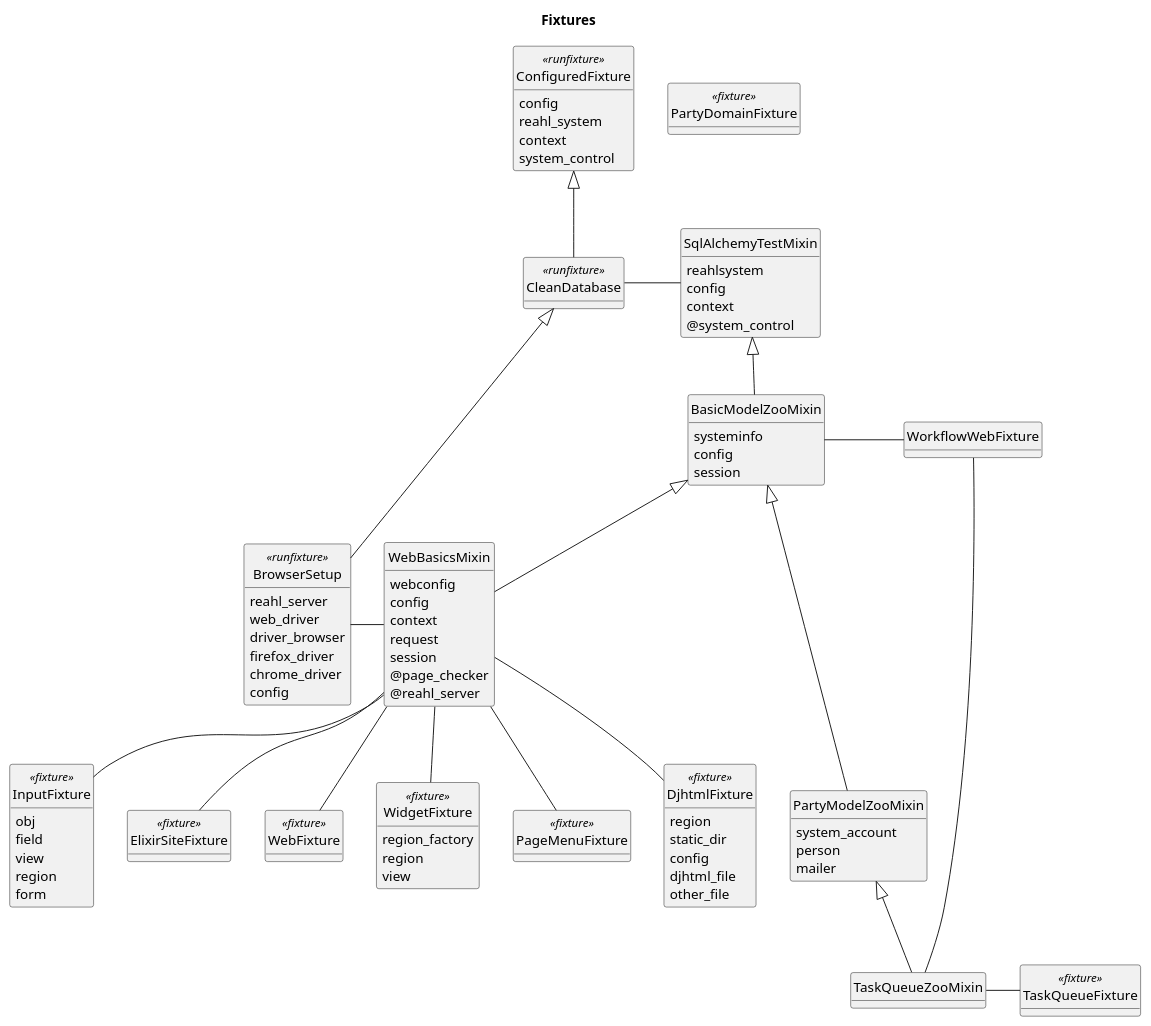
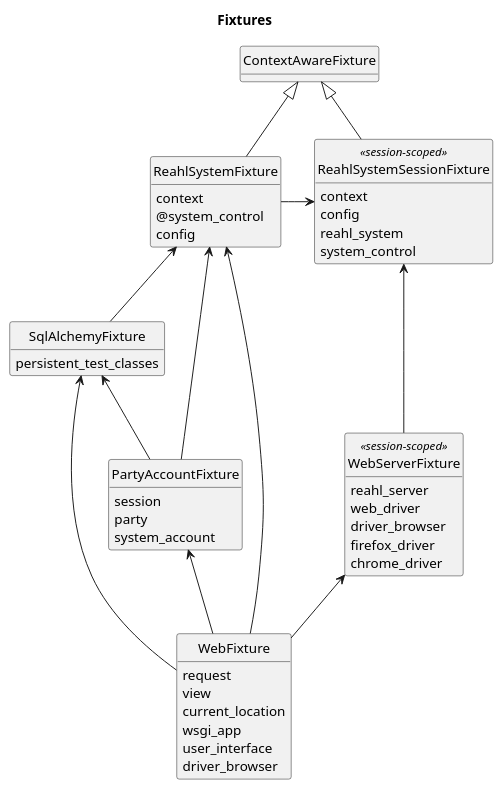
The diagram in reahl-web/reahl/web_dev/fixtures.puml (reahl/reahl), drawn with PlantUML before and after one commit. The commit also changed 1 other file, not shown here.

Commit message:
Updated fixtures class diagram

```diff
--- a/reahl-web/reahl/web_dev/fixtures.puml
+++ b/reahl-web/reahl/web_dev/fixtures.puml
@@ -1,110 +1,77 @@
 @startuml
 
 title Fixtures
 
 hide methods
 hide circle
 
-class ConfiguredFixture <<runfixture>>{
+class ContextAwareFixture {
+}
+
+class ReahlSystemSessionFixture <<session-scoped>> {
+	context
 	config
 	reahl_system
-	context
 	system_control
 }
 
-class CleanDatabase <<runfixture>>{
+class ReahlSystemFixture {
+	context
+        @system_control
+	config
 }
 
-class BrowserSetup <<runfixture>>{
+
+class SqlAlchemyFixture {
+      persistent_test_classes
+      start_transaction()
+      finalise_transaction()
+}
+
+
+class WebServerFixture <<session-scoped>> {
 	reahl_server
 	web_driver
 	driver_browser
 	firefox_driver
 	chrome_driver
-	config
 }
 
-class SqlAlchemyTestMixin{
-	reahlsystem
-	config
-	context
-	@system_control
-}
-
-class BasicModelZooMixin{
-	systeminfo
-	config
-	session
-}
-
-class WebBasicsMixin{
-	webconfig
-	config
-	context
-	request
-	session
-	@page_checker
-	@reahl_server
+class WebFixture {
+      request
+      view
+      current_location
+      wsgi_app
+      user_interface
+      driver_browser
+      log_in()
 }
 
 
-ConfiguredFixture <|-- CleanDatabase
-CleanDatabase <|-- BrowserSetup
-BrowserSetup  -right- WebBasicsMixin
-CleanDatabase -right- SqlAlchemyTestMixin
-
-SqlAlchemyTestMixin <|-- BasicModelZooMixin
-BasicModelZooMixin <|-- WebBasicsMixin
-BasicModelZooMixin <|--- PartyModelZooMixin
-PartyModelZooMixin <|-- TaskQueueZooMixin
+class PartyAccountFixture {
+      session
+      party
+      system_account
+}
 
 
-class InputFixture <<fixture>>{
-	obj
-	field
-	view
-	region
-	form
-}
-class WebFixture <<fixture>>
+
+ContextAwareFixture <|-- ReahlSystemSessionFixture
+ContextAwareFixture <|-- ReahlSystemFixture
+ReahlSystemSessionFixture <-left- ReahlSystemFixture 
+
+ReahlSystemFixture <-- SqlAlchemyFixture 
+WebServerFixture -up-> ReahlSystemSessionFixture
+
+ReahlSystemFixture <-- WebFixture
+SqlAlchemyFixture <-- WebFixture
+WebServerFixture <-- WebFixture
+PartyAccountFixture <-- WebFixture
 
 
-class ElixirSiteFixture <<fixture>>
-class WidgetFixture <<fixture>>{
-	region_factory
-	region
-	view
-}
-class PageMenuFixture <<fixture>>
-InputFixture -right[hidden]- ElixirSiteFixture
+ReahlSystemFixture <-- PartyAccountFixture
+SqlAlchemyFixture <-- PartyAccountFixture
 
-WebBasicsMixin -- InputFixture
-WebBasicsMixin -- WebFixture
-WebBasicsMixin -- ElixirSiteFixture
-WebBasicsMixin -- WidgetFixture
-WebBasicsMixin -- PageMenuFixture
-WebBasicsMixin -- DjhtmlFixture
-
-class PartyDomainFixture <<fixture>>
-class TaskQueueFixture <<fixture>>
-
-class PartyModelZooMixin{
-	system_account
-	person
-	mailer
-}
-class DjhtmlFixture <<fixture>>{
-	region
-	static_dir
-	config
-	djhtml_file
-	other_file
-}
-
-TaskQueueZooMixin -right- TaskQueueFixture
-
-WorkflowWebFixture -left- BasicModelZooMixin
-WorkflowWebFixture -- TaskQueueZooMixin
 
 
 @enduml
```
